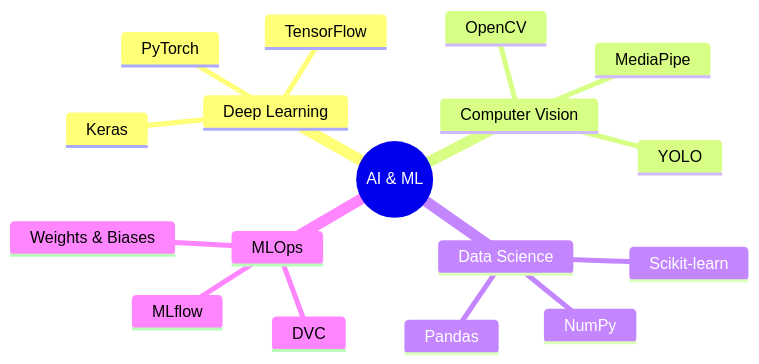
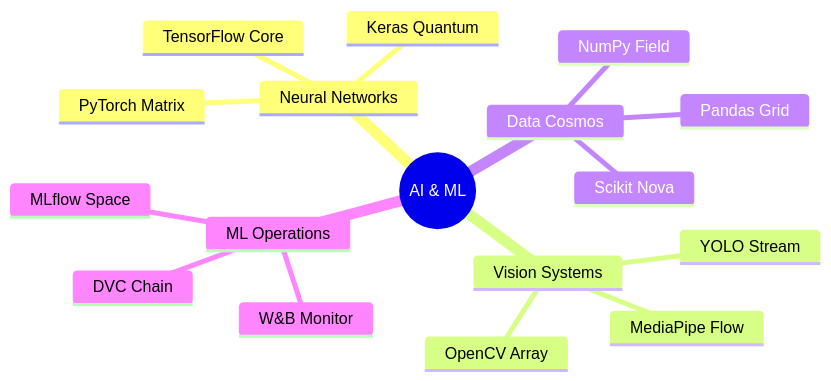
The second of 2 diagrams in README.md (KhamessiTaha/KhamessiTaha), drawn with Mermaid before and after one commit. The commit also changed other lines of this file, not shown here.

````diff
--- a/README.md
+++ b/README.md
@@ -116,20 +116,20 @@
 ```mermaid
 mindmap
   root((AI & ML))
-    Deep Learning
-      TensorFlow
-      PyTorch
-      Keras
-    Computer Vision
-      OpenCV
-      MediaPipe
-      YOLO
-    Data Science
-      Pandas
-      NumPy
-      Scikit-learn
-    MLOps
-      MLflow
-      DVC
-      Weights & Biases
+    Neural Networks
+      TensorFlow Core
+      PyTorch Matrix
+      Keras Quantum
+    Vision Systems
+      OpenCV Array
+      MediaPipe Flow
+      YOLO Stream
+    Data Cosmos
+      Pandas Grid
+      NumPy Field
+      Scikit Nova
+    ML Operations
+      MLflow Space
+      DVC Chain
+      W&B Monitor
 ```
````
